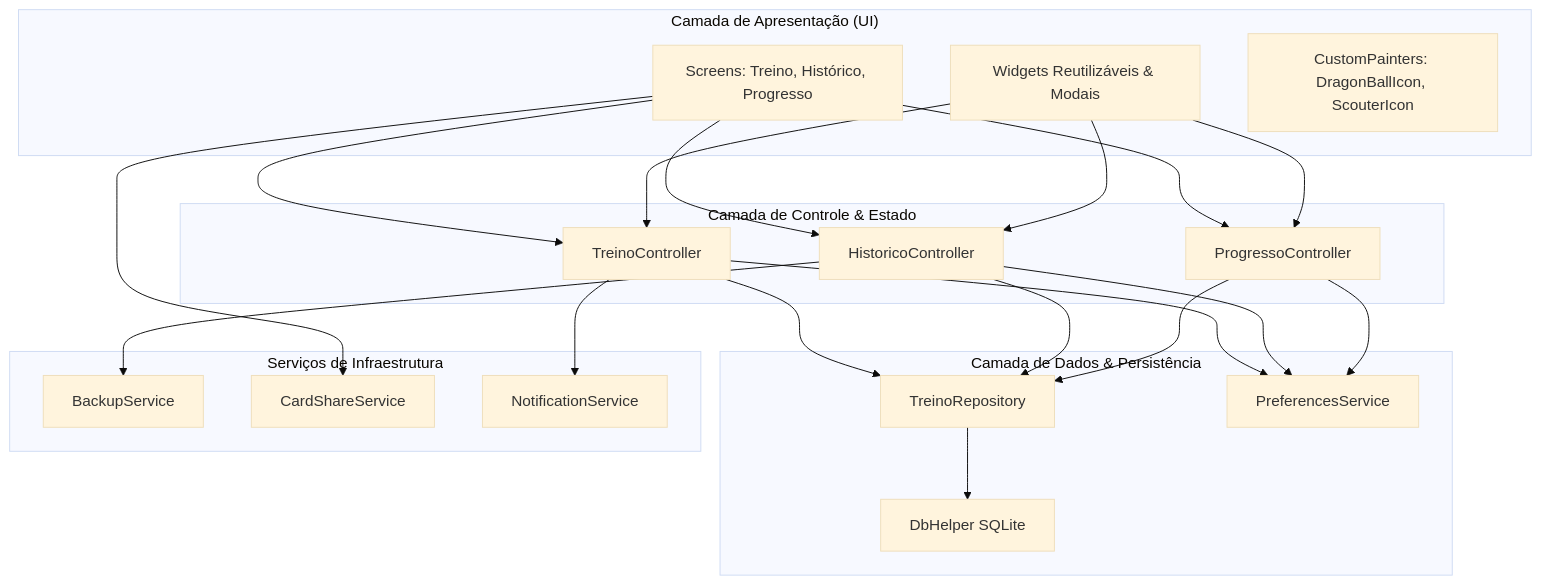
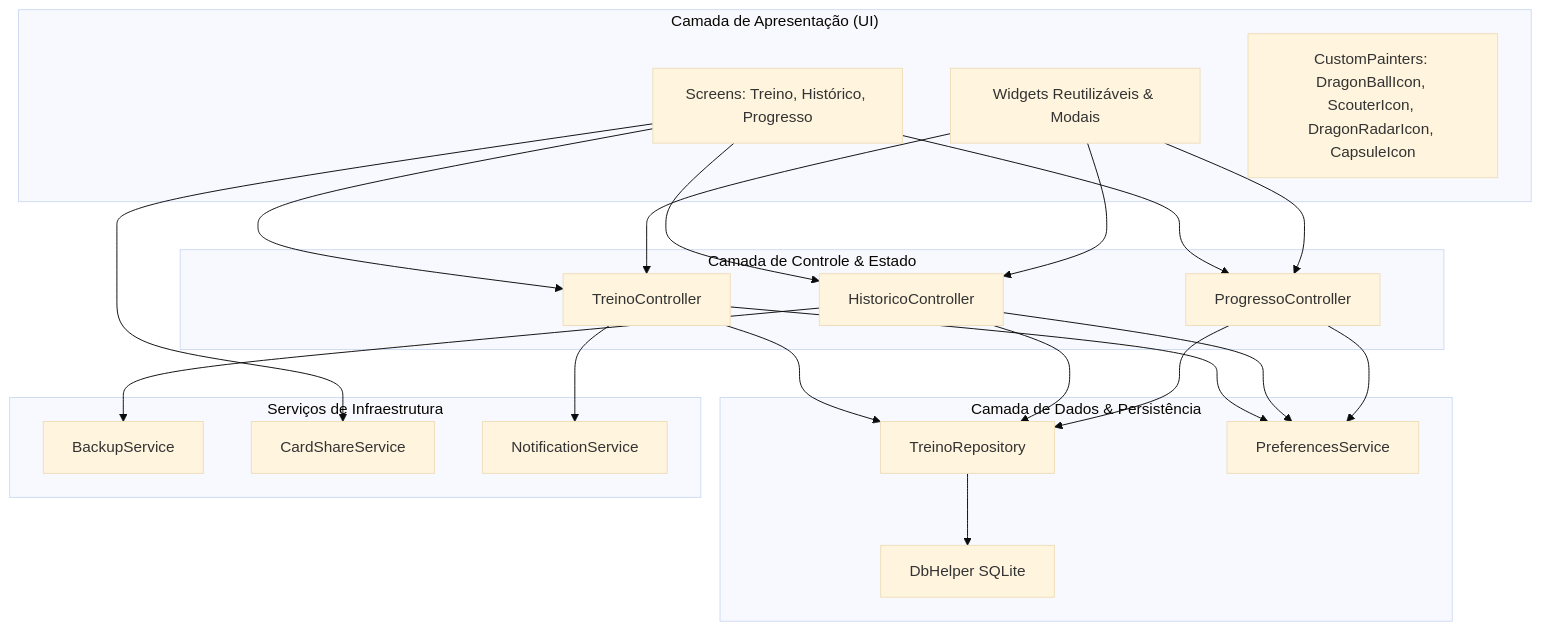
One commit to Luan-Diniz02/Gym_Saiyajin changed the first of 2 diagrams in docs/ARQUITETURA.md. Above: the diagram before and after it, drawn with Mermaid (base theme). The commit also changed other lines of this file and 4 other files, not shown here.

Commit message:
docs: atualizar documentacao com CapsuleIcon, gamificacao de PRs e 71 testes

````diff
--- a/docs/ARQUITETURA.md
+++ b/docs/ARQUITETURA.md
@@ -9,35 +9,35 @@
 ```mermaid
 graph TD
     subgraph UI ["Camada de Apresentação (UI)"]
         Screens[Screens: Treino, Histórico, Progresso]
         Widgets[Widgets Reutilizáveis & Modais]
-        Painters[CustomPainters: DragonBallIcon, ScouterIcon]
+        Painters[CustomPainters: DragonBallIcon, ScouterIcon, DragonRadarIcon, CapsuleIcon]
     end
 
     subgraph ControllersLayer ["Camada de Controle & Estado"]
         TC[TreinoController]
         HC[HistoricoController]
         PC[ProgressoController]
     end
 
     subgraph DataLayer ["Camada de Dados & Persistência"]
         Repo[TreinoRepository]
         DB[DbHelper SQLite]
         Prefs[PreferencesService]
     end
 
     subgraph InfrastructureLayer ["Serviços de Infraestrutura"]
         Backup[BackupService]
         Share[CardShareService]
         Notify[NotificationService]
     end
 
     Screens --> TC & HC & PC
     Widgets --> TC & HC & PC
     TC & HC & PC --> Repo
     TC & HC & PC --> Prefs
     Repo --> DB
     HC --> Backup
     Screens --> Share
     TC --> Notify
 ```
````
